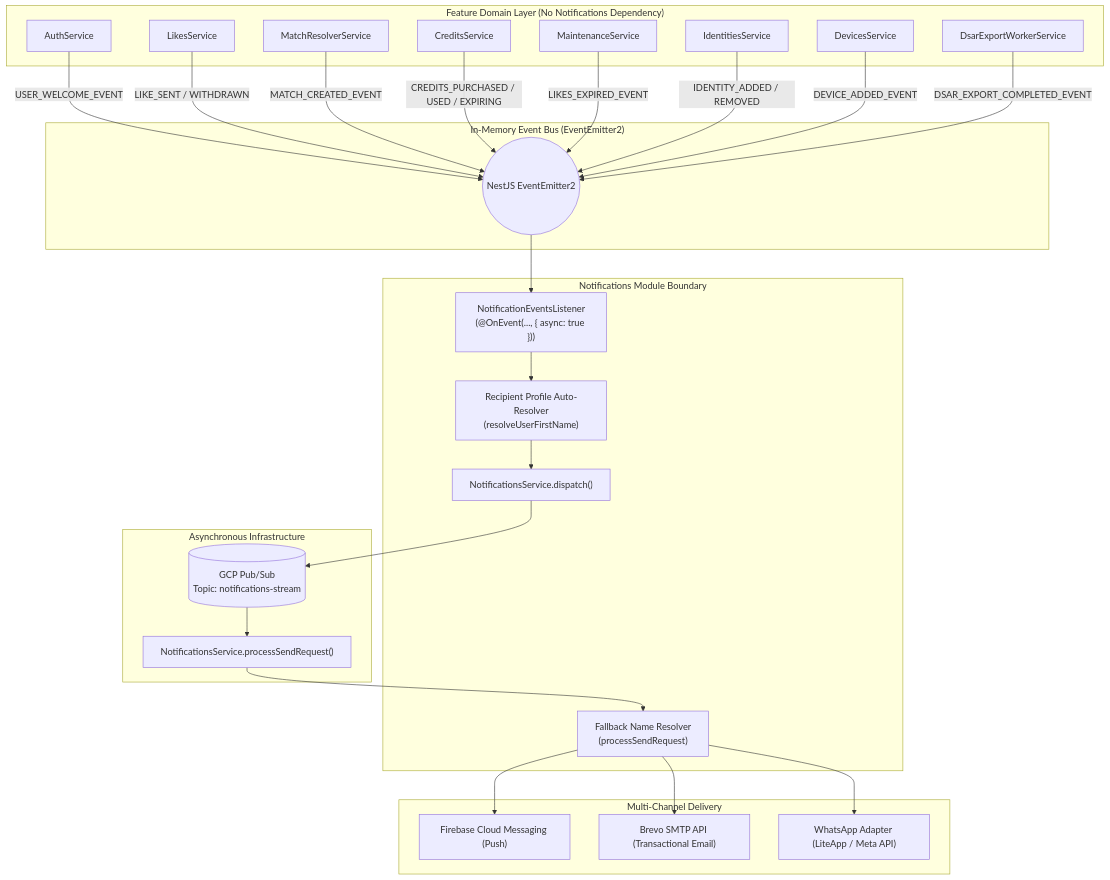
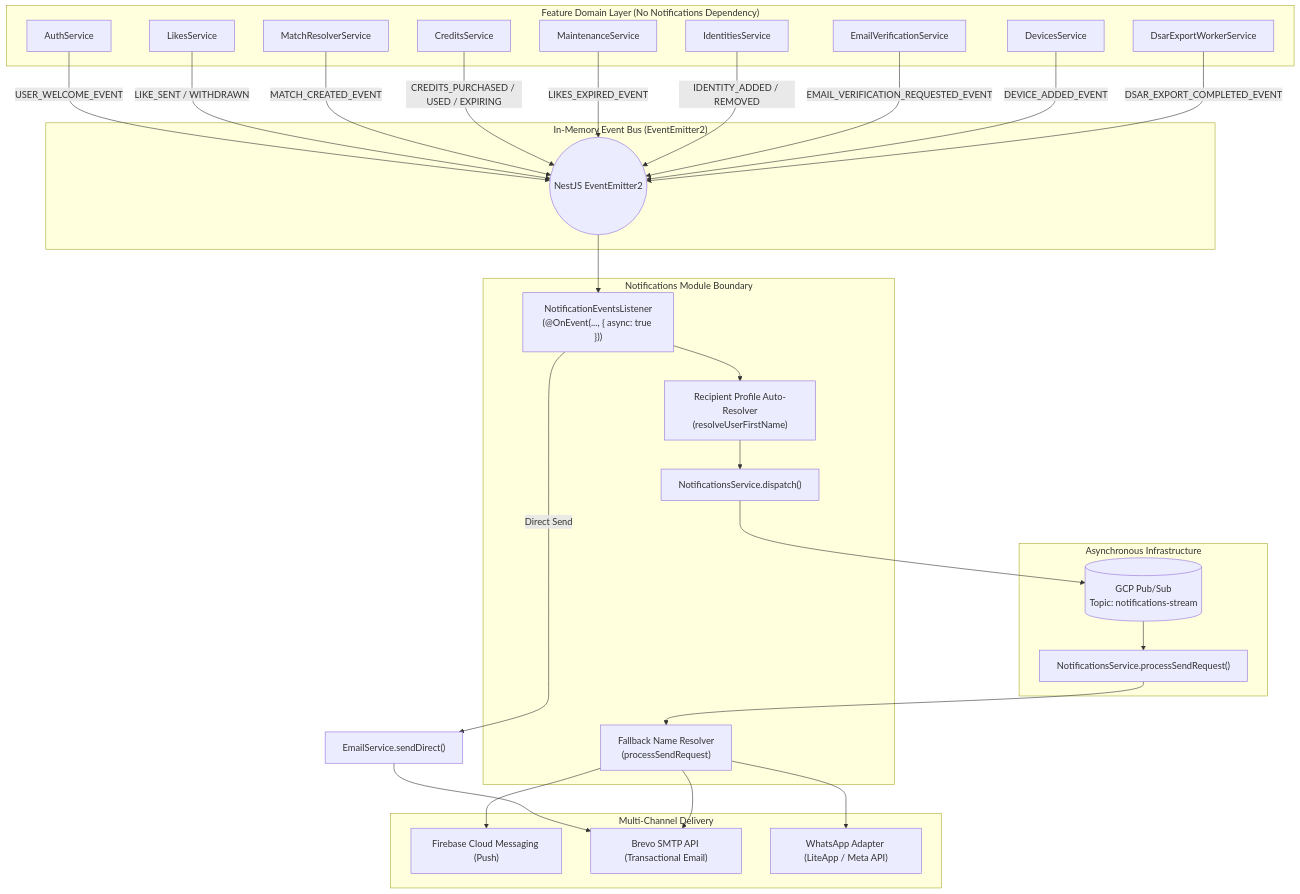
Before and after one commit to SaveSoulApp/Breathaway-Backend: the diagram in docs/docs/architecture/domain-events.md, drawn with Mermaid. The commit also changed other lines of this file and 29 other files, not shown here.

````diff
--- a/docs/docs/architecture/domain-events.md
+++ b/docs/docs/architecture/domain-events.md
@@ -51,54 +51,58 @@
 ```mermaid
 flowchart TD
     subgraph FeatureDomains["Feature Domain Layer (No Notifications Dependency)"]
         AUTH["AuthService"]
         LIKES["LikesService"]
         MATCH["MatchResolverService"]
         CREDITS["CreditsService"]
         MAINT["MaintenanceService"]
         IDENT["IdentitiesService"]
+        EMAIL["EmailVerificationService"]
         DEV["DevicesService"]
         USERS["DsarExportWorkerService"]
     end
 
     subgraph EventBroker["In-Memory Event Bus (EventEmitter2)"]
         BUS(("NestJS EventEmitter2"))
     end
 
     subgraph NotificationsLayer["Notifications Module Boundary"]
         LISTENER["NotificationEventsListener<br/>(@OnEvent(..., { async: true }))"]
         RESOLVER["Recipient Profile Auto-Resolver<br/>(resolveUserFirstName)"]
         NOTIF_SVC["NotificationsService.dispatch()"]
         FALLBACK["Fallback Name Resolver<br/>(processSendRequest)"]
     end
 
     subgraph MessagingQueue["Asynchronous Infrastructure"]
         PUBSUB[("GCP Pub/Sub<br/>Topic: notifications-stream")]
         WORKER["NotificationsService.processSendRequest()"]
     end
 
     subgraph DeliveryChannels["Multi-Channel Delivery"]
         FCM["Firebase Cloud Messaging (Push)"]
         BREVO["Brevo SMTP API (Transactional Email)"]
         WA["WhatsApp Adapter (LiteApp / Meta API)"]
     end
 
     AUTH -->|USER_WELCOME_EVENT| BUS
     LIKES -->|LIKE_SENT / WITHDRAWN| BUS
     MATCH -->|MATCH_CREATED_EVENT| BUS
     CREDITS -->|CREDITS_PURCHASED / USED / EXPIRING| BUS
     MAINT -->|LIKES_EXPIRED_EVENT| BUS
     IDENT -->|IDENTITY_ADDED / REMOVED| BUS
+    EMAIL -->|EMAIL_VERIFICATION_REQUESTED_EVENT| BUS
     DEV -->|DEVICE_ADDED_EVENT| BUS
     USERS -->|DSAR_EXPORT_COMPLETED_EVENT| BUS
 
     BUS --> LISTENER
     LISTENER --> RESOLVER
+    LISTENER -->|Direct Send| EMAIL_SVC["EmailService.sendDirect()"]
+    EMAIL_SVC --> BREVO
     RESOLVER --> NOTIF_SVC
     NOTIF_SVC --> PUBSUB
     PUBSUB --> WORKER
     WORKER --> FALLBACK
     FALLBACK --> FCM
     FALLBACK --> BREVO
     FALLBACK --> WA
 ```
````
